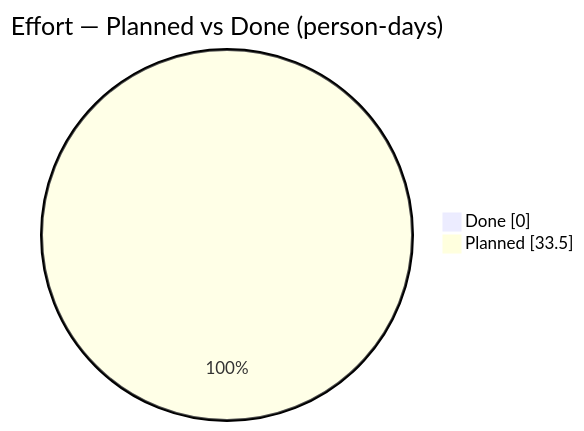
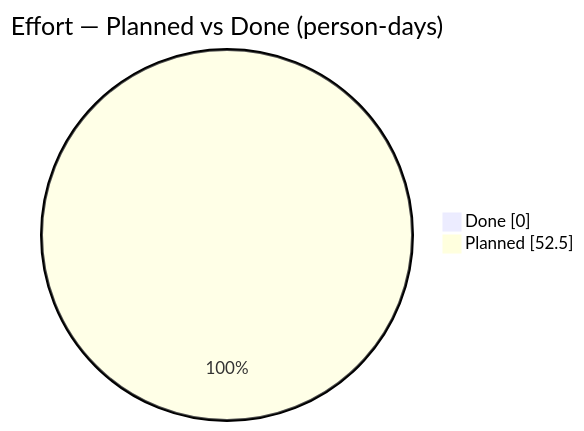
The first of 2 diagrams in docs/_projects/R3-AAS.md (Katty-Fashion/kf-cpto), drawn with Mermaid before and after one commit. The commit also changed other lines of this file and 12 other files, not shown here.

````diff
--- a/docs/_projects/R3-AAS.md
+++ b/docs/_projects/R3-AAS.md
@@ -208,5 +224,5 @@
 ```mermaid
 pie showData title Effort — Planned vs Done (person-days)
     "Done" : 0.0
-    "Planned" : 33.5
+    "Planned" : 52.5
 ```
````
